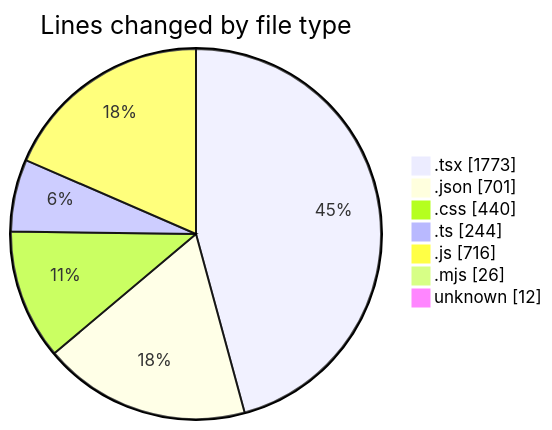
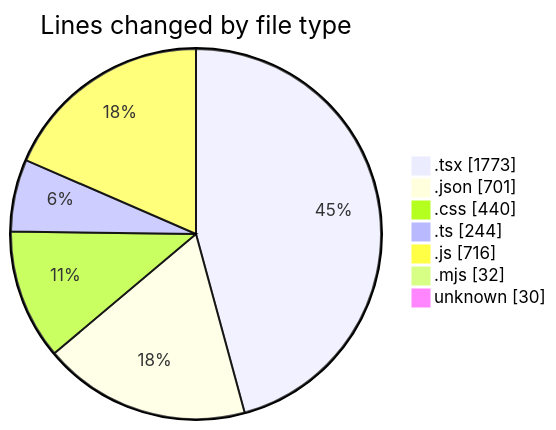
The first of 2 diagrams in 2025-05-04/niten/README.md (Elitesun/code-tracking), drawn with Mermaid before and after one commit. The commit also changed other lines of this file and 1 other file, not shown here.

````diff
--- a/2025-05-04/niten/README.md
+++ b/2025-05-04/niten/README.md
@@ -59,11 +59,11 @@
 ```mermaid
 pie showData
 title Lines changed by file type
 ".tsx" : 1773
 ".json" : 701
 ".css" : 440
 ".ts" : 244
 ".js" : 716
-".mjs" : 26
-"unknown" : 12
+".mjs" : 32
+"unknown" : 30
 ```
````
